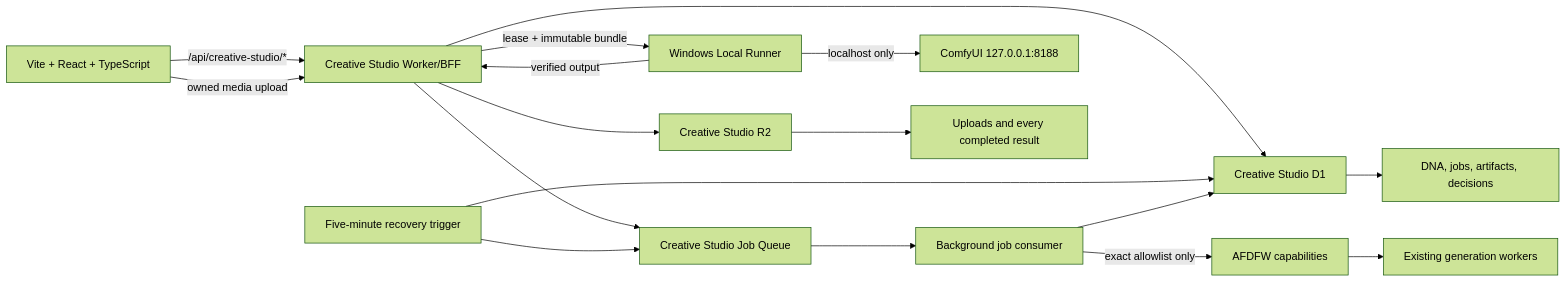
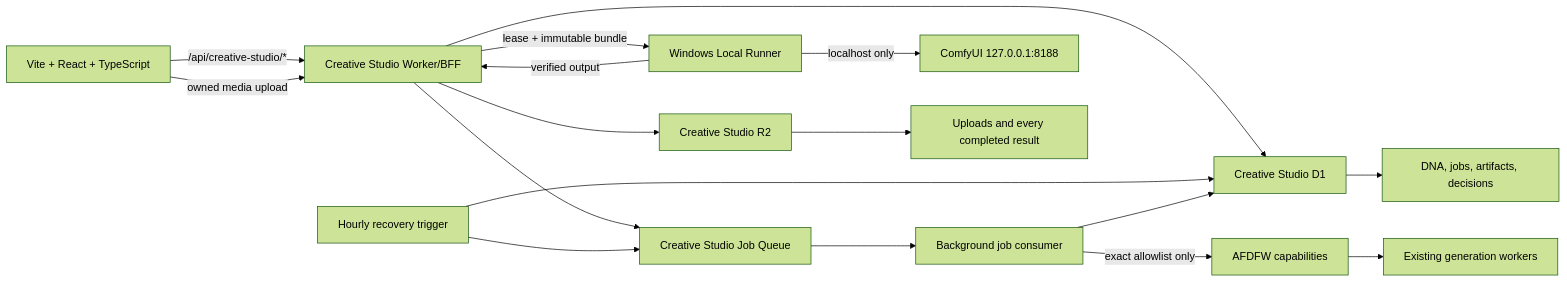
Before and after one commit to AngeloTobo/Creative-Studio: the diagram in docs/ARCHITECTURE.md, drawn with Mermaid (forest theme). The commit also changed other lines of this file and 23 other files, not shown here.

````diff
--- a/docs/ARCHITECTURE.md
+++ b/docs/ARCHITECTURE.md
@@ -5,19 +5,19 @@
 ```mermaid
 flowchart LR
   UI["Vite + React + TypeScript"] -->|"/api/creative-studio/*"| BFF["Creative Studio Worker/BFF"]
   BFF --> D1["Creative Studio D1"]
   BFF --> Q["Creative Studio Job Queue"]
-  CRON["Five-minute recovery trigger"] --> D1
+  CRON["Hourly recovery trigger"] --> D1
   CRON --> Q
   Q --> WORKER["Background job consumer"]
   WORKER --> D1
   BFF --> R2["Creative Studio R2"]
   UI -->|"owned media upload"| BFF
   WORKER -->|"exact allowlist only"| AF["AFDFW capabilities"]
   AF --> GEN["Existing generation workers"]
   BFF -->|"lease + immutable bundle"| LR["Windows Local Runner"]
   LR -->|"localhost only"| COMFY["ComfyUI 127.0.0.1:8188"]
   LR -->|"verified output"| BFF
   D1 --> HIST["DNA, jobs, artifacts, decisions"]
   R2 --> MEDIA["Uploads and every completed result"]
 ```
````
